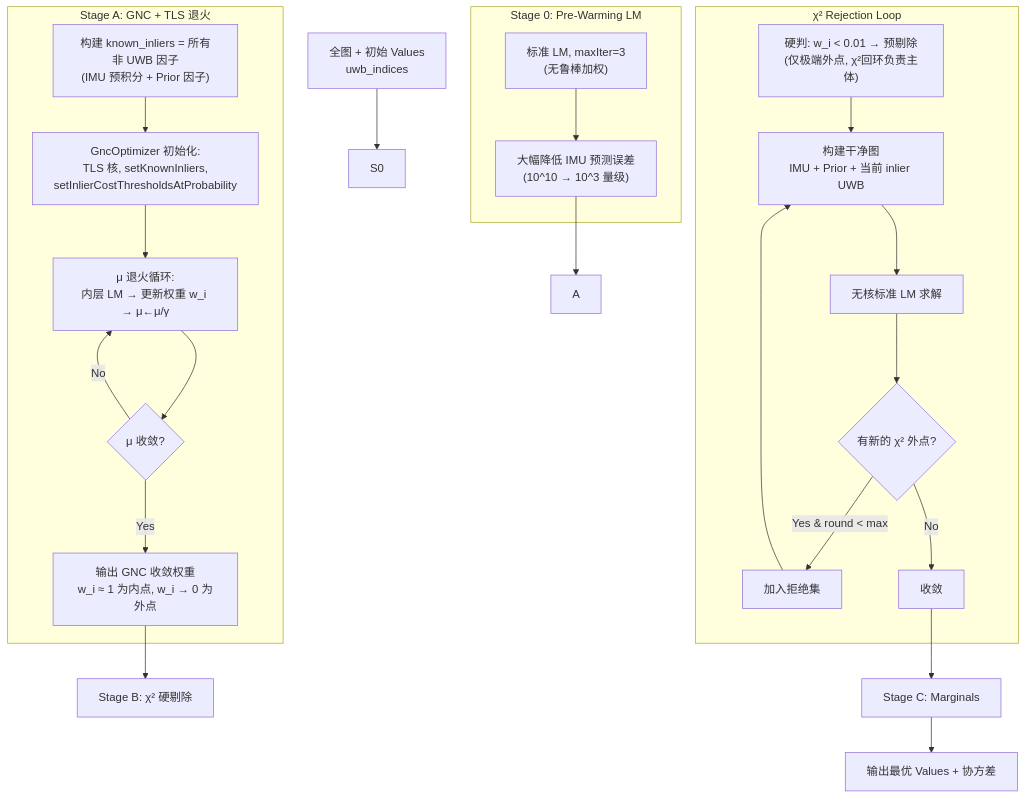
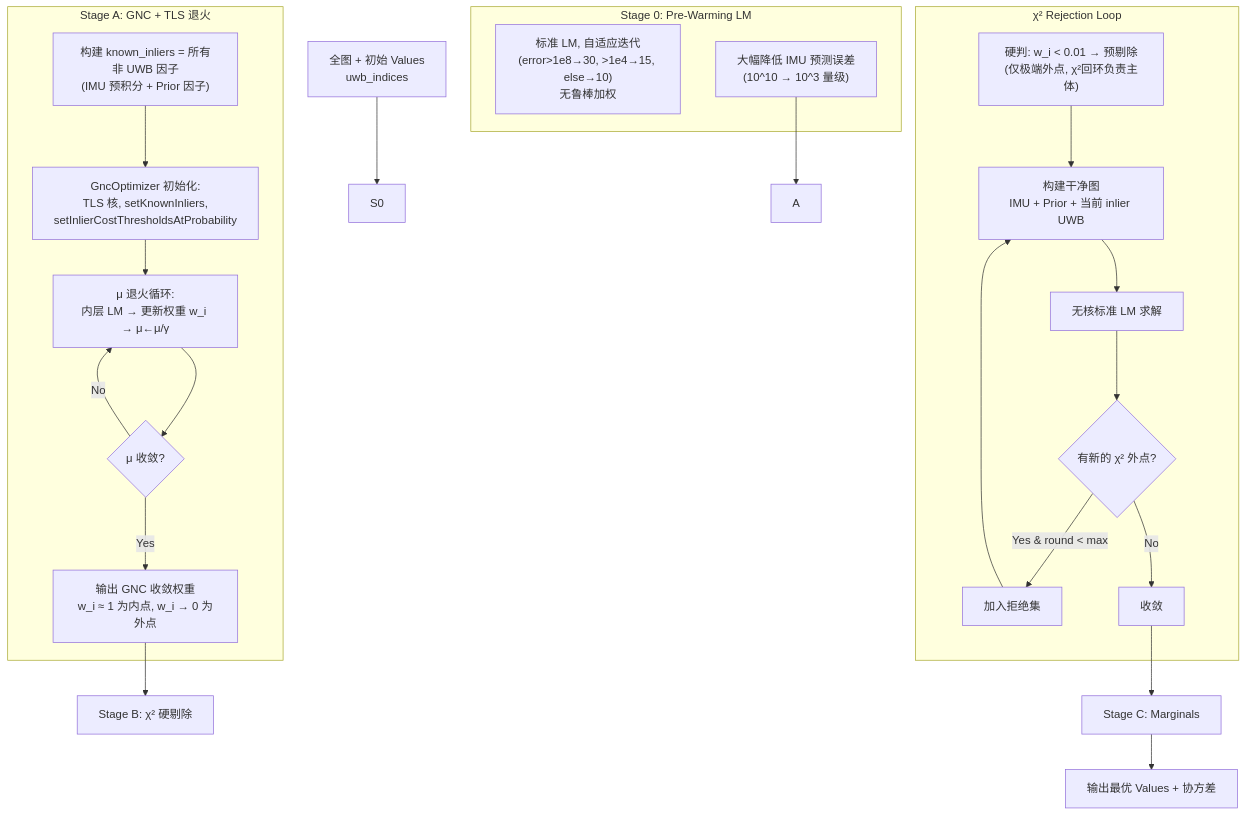
One commit to Printeger/uwb-imu-fusion changed the fourth of 4 diagrams in doc/CODE_DOCUMENTATION.md. Above: the diagram before and after it, drawn with Mermaid. The commit also changed other lines of this file and 1 other file, not shown here.

````diff
--- a/doc/CODE_DOCUMENTATION.md
+++ b/doc/CODE_DOCUMENTATION.md
@@ -668,35 +669,35 @@
 ```mermaid
 flowchart TD
     INPUT["全图 + 初始 Values<br/>uwb_indices"] --> S0
 
     subgraph Stage0 ["Stage 0: Pre-Warming LM"]
-        S0A["标准 LM, maxIter=3<br/>(无鲁棒加权)"]
-        S0A --> S0B["大幅降低 IMU 预测误差<br/>(10^10 → 10^3 量级)"]
+        S0A["标准 LM, 自适应迭代<br/>(error>1e8→30, >1e4→15, else→10)<br/>无鲁棒加权"]
+        S0B["大幅降低 IMU 预测误差<br/>(10^10 → 10^3 量级)"]
     end
 
     S0B --> A
 
     subgraph StageA ["Stage A: GNC + TLS 退火"]
         A0["构建 known_inliers = 所有非 UWB 因子<br/>(IMU 预积分 + Prior 因子)"]
         A0 --> A1["GncOptimizer 初始化:<br/>TLS 核, setKnownInliers,\nsetInlierCostThresholdsAtProbability"]
         A1 --> A2["μ 退火循环:<br/>内层 LM → 更新权重 w_i → μ←μ/γ"]
         A2 --> A3{"μ 收敛?"}
         A3 -->|No| A2
         A3 -->|Yes| A4["输出 GNC 收敛权重<br/>w_i ≈ 1 为内点, w_i → 0 为外点"]
     end
 
     A4 --> B["Stage B: χ² 硬剔除"]
 
     subgraph StageB ["χ² Rejection Loop"]
         B0["硬判: w_i < 0.01 → 预剔除<br/>(仅极端外点, χ²回环负责主体)"]
         B0 --> B1["构建干净图<br/>IMU + Prior + 当前 inlier UWB"]
         B1 --> B2["无核标准 LM 求解"]
         B2 --> B3{"有新的 χ² 外点?"}
         B3 -->|"Yes & round < max"| B4["加入拒绝集"]
         B4 --> B1
         B3 -->|"No"| B5["收敛"]
     end
 
     B5 --> C["Stage C: Marginals"]
     C --> D["输出最优 Values + 协方差"]
 ```
````
